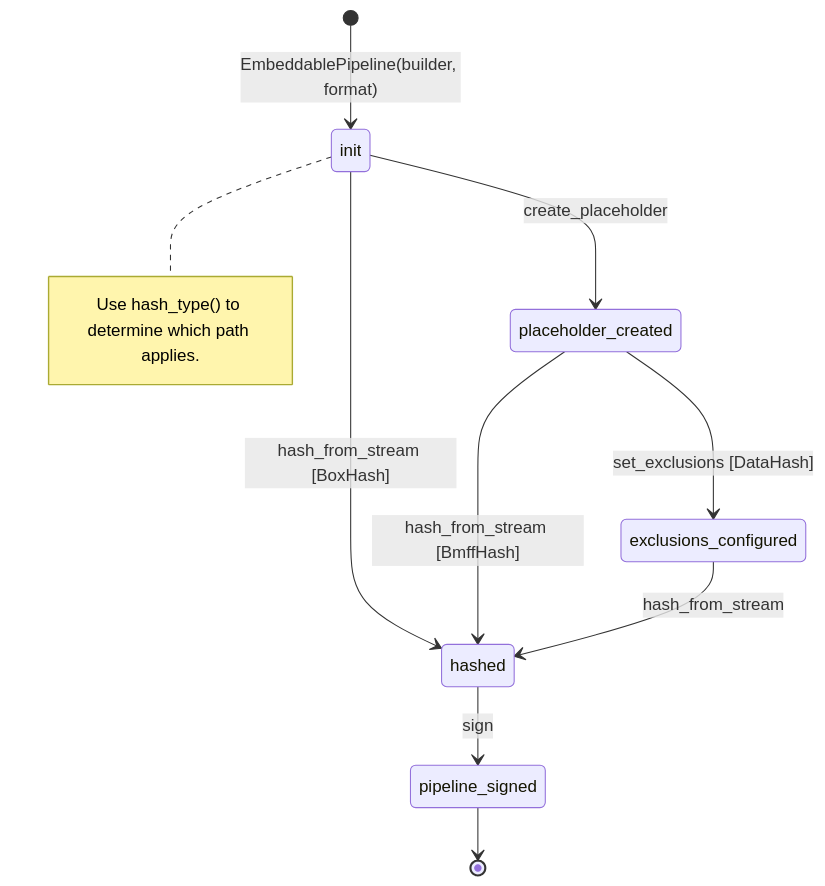
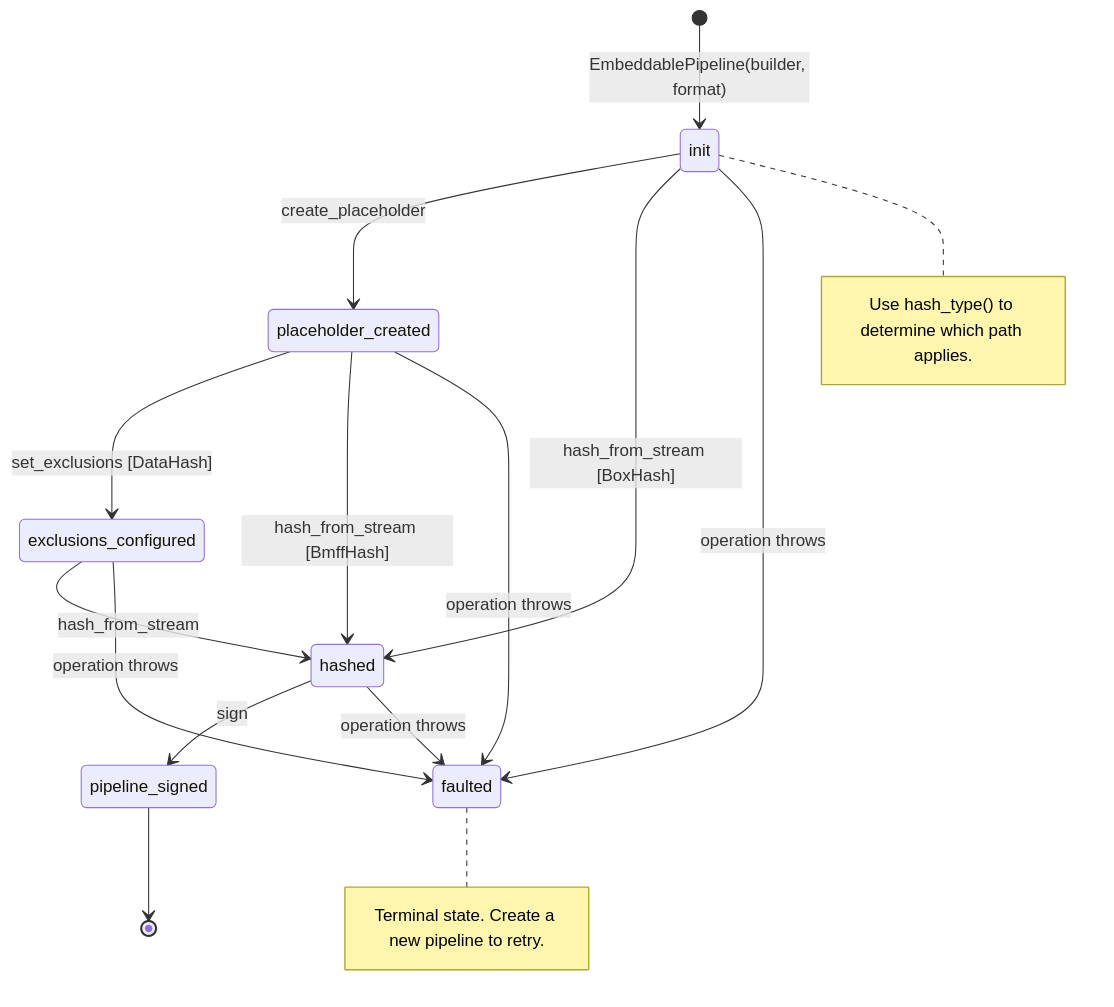
The seventh of 8 diagrams in docs/embeddable-api.md (contentauth/c2pa-c), drawn with Mermaid before and after one commit. The commit also changed other lines of this file and 3 other files, not shown here.

````diff
--- a/docs/embeddable-api.md
+++ b/docs/embeddable-api.md
@@ -550,19 +550,28 @@
 ```mermaid
 stateDiagram-v2
     [*] --> init : EmbeddablePipeline(builder, format)
 
     init --> placeholder_created : create_placeholder
     init --> hashed : hash_from_stream [BoxHash]
 
     placeholder_created --> exclusions_configured : set_exclusions [DataHash]
     placeholder_created --> hashed : hash_from_stream [BmffHash]
 
     exclusions_configured --> hashed : hash_from_stream
 
     hashed --> pipeline_signed : sign
     pipeline_signed --> [*]
 
+    init --> faulted : operation throws
+    placeholder_created --> faulted : operation throws
+    exclusions_configured --> faulted : operation throws
+    hashed --> faulted : operation throws
+
     note right of init
         Use hash_type() to determine which path applies.
     end note
+
+    note right of faulted
+        Terminal state. Create a new pipeline to retry.
+    end note
 ```
````
